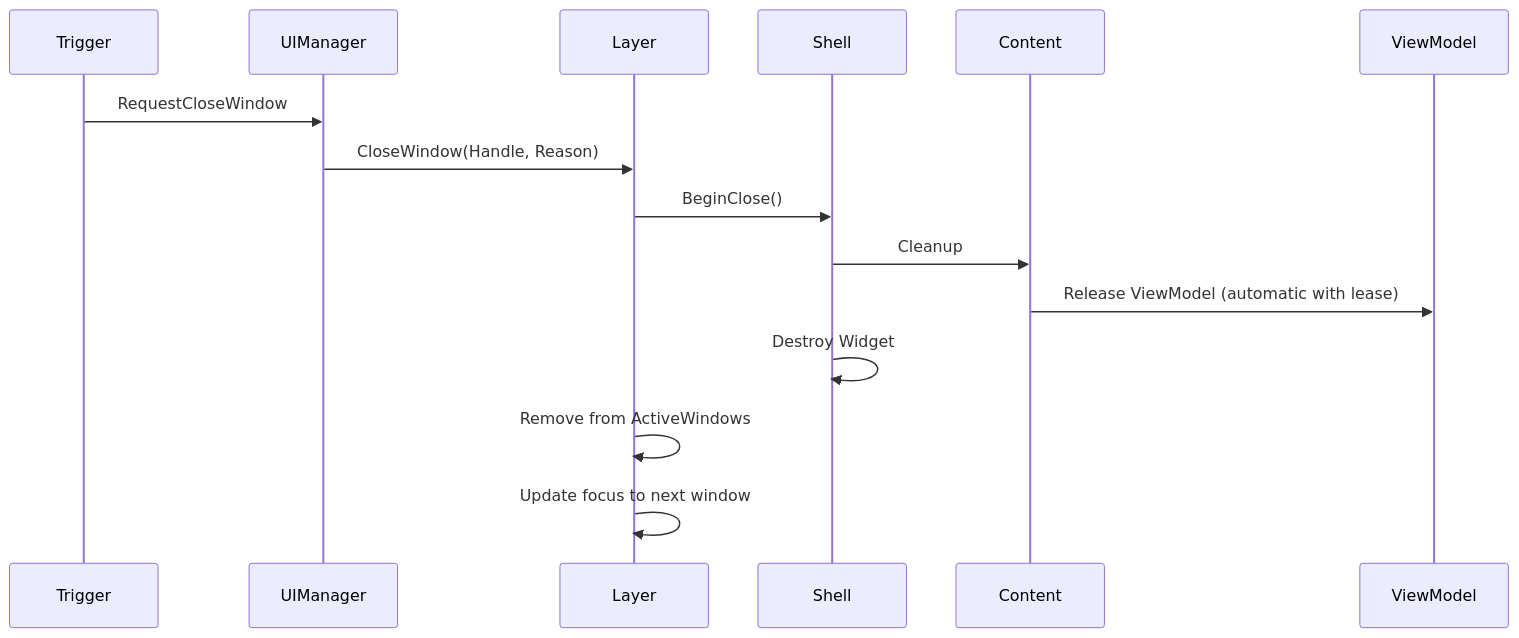
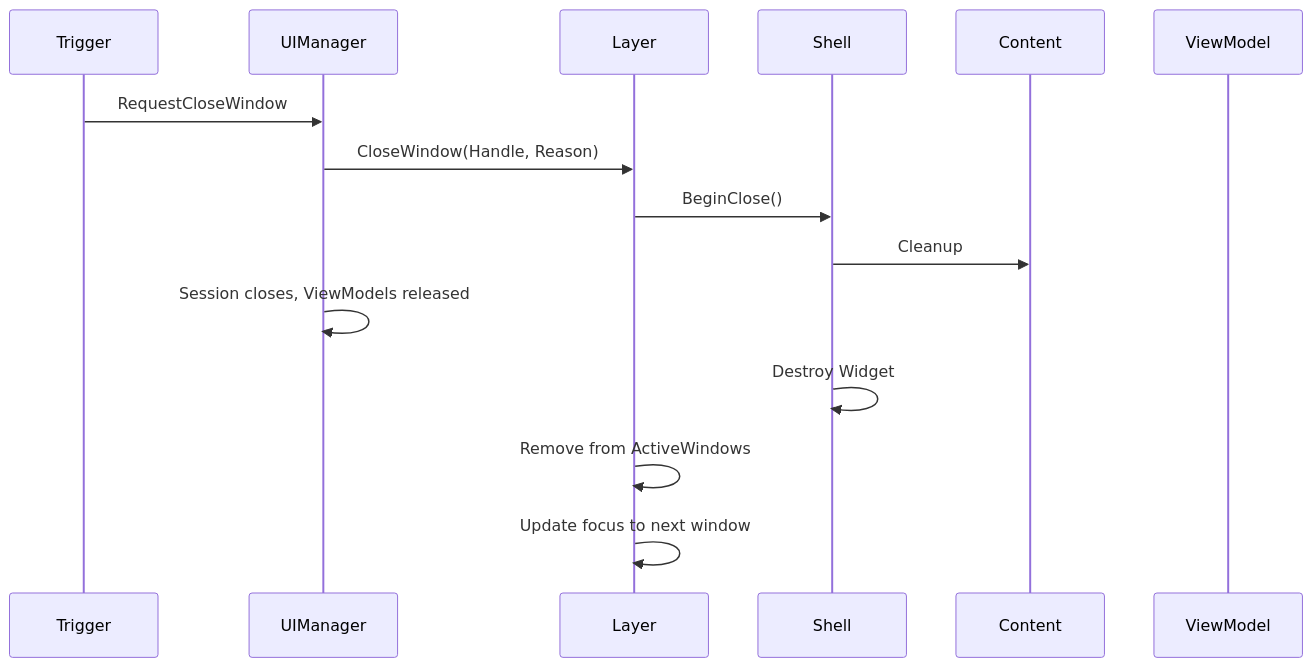
One commit to outliyr/outliyr-docs changed the third of 4 diagrams in outliyr-framework/docs/base-lyra-modified/ui/item-container-ui-system/the-windowing-system/window-lifecycle.md. Above: the diagram before and after it, drawn with Mermaid. The commit also changed other lines of this file and 228 other files, not shown here.

````diff
--- a/outliyr-framework/docs/base-lyra-modified/ui/item-container-ui-system/the-windowing-system/window-lifecycle.md
+++ b/outliyr-framework/docs/base-lyra-modified/ui/item-container-ui-system/the-windowing-system/window-lifecycle.md
@@ -171,18 +172,18 @@
 ```mermaid
 sequenceDiagram
     participant Trigger
     participant UIManager
     participant Layer
     participant Shell
     participant Content
     participant ViewModel
 
     Trigger->>UIManager: RequestCloseWindow
     UIManager->>Layer: CloseWindow(Handle, Reason)
     Layer->>Shell: BeginClose()
     Shell->>Content: Cleanup
-    Content->>ViewModel: Release ViewModel (automatic with lease)
+    UIManager->>UIManager: Session closes, ViewModels released
     Shell->>Shell: Destroy Widget
     Layer->>Layer: Remove from ActiveWindows
     Layer->>Layer: Update focus to next window
 ```
````
